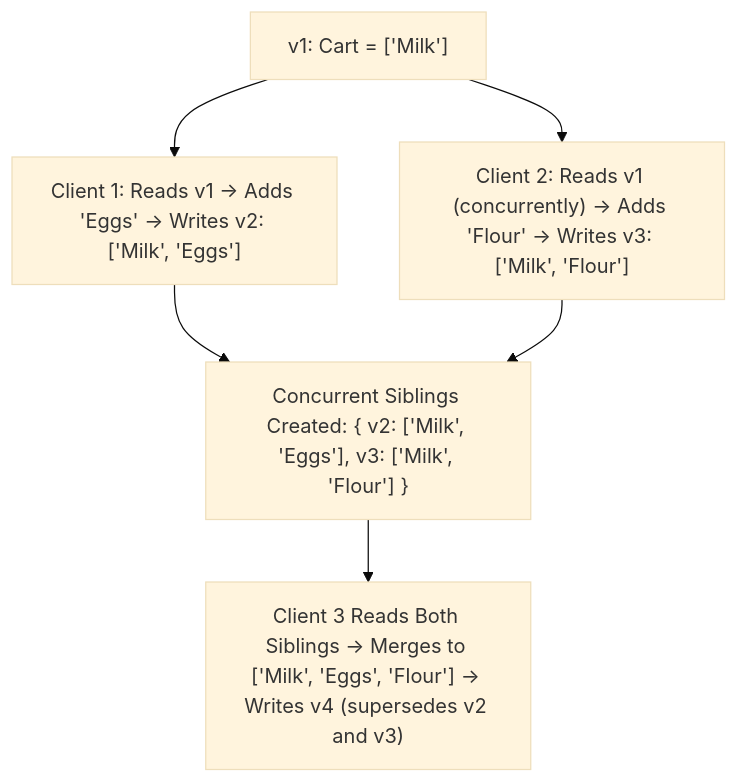
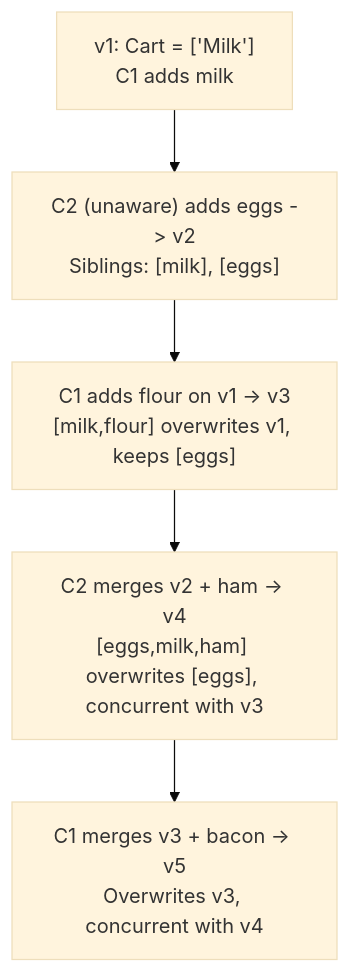
Diagram 15 of 16 in 01 Designing Data-Intensive Applications/chapter-06-replication.md (1mimhe/books-summery), drawn with Mermaid (base theme) before and after one commit. The commit also changed other lines of this file and 1 other file, not shown here.

````diff
--- a/01 Designing Data-Intensive Applications/chapter-06-replication.md
+++ b/01 Designing Data-Intensive Applications/chapter-06-replication.md
@@ -658,15 +625,13 @@
 ```mermaid
 flowchart TD
-  INIT["v1: Cart = ['Milk']"]
+  INIT["v1: Cart = ['Milk']<br/>C1 adds milk"]
 
-  C1["Client 1: Reads v1 -> Adds 'Eggs' -> Writes v2: ['Milk', 'Eggs']"]
-  C2["Client 2: Reads v1 (concurrently) -> Adds 'Flour' -> Writes v3: ['Milk', 'Flour']"]
+  C1["C2 (unaware) adds eggs -> v2<br/>Siblings: [milk], [eggs]"]
+  C2["C1 adds flour on v1 -> v3<br/>[milk,flour] overwrites v1, keeps [eggs]"]
 
   INIT --> C1
-  INIT --> C2
+  C1 --> C2
 
-  C1 --> SIBLINGS["Concurrent Siblings Created: { v2: ['Milk', 'Eggs'], v3: ['Milk', 'Flour'] }"]
-  C2 --> SIBLINGS
-
-  SIBLINGS --> MERGE["Client 3 Reads Both Siblings -> Merges to ['Milk', 'Eggs', 'Flour'] -> Writes v4 (supersedes v2 and v3)"]
+  C2 --> C3["C2 merges v2 + ham -> v4<br/>[eggs,milk,ham] overwrites [eggs], concurrent with v3"]
+  C3 --> C4["C1 merges v3 + bacon -> v5<br/>Overwrites v3, concurrent with v4"]
 ```
````
